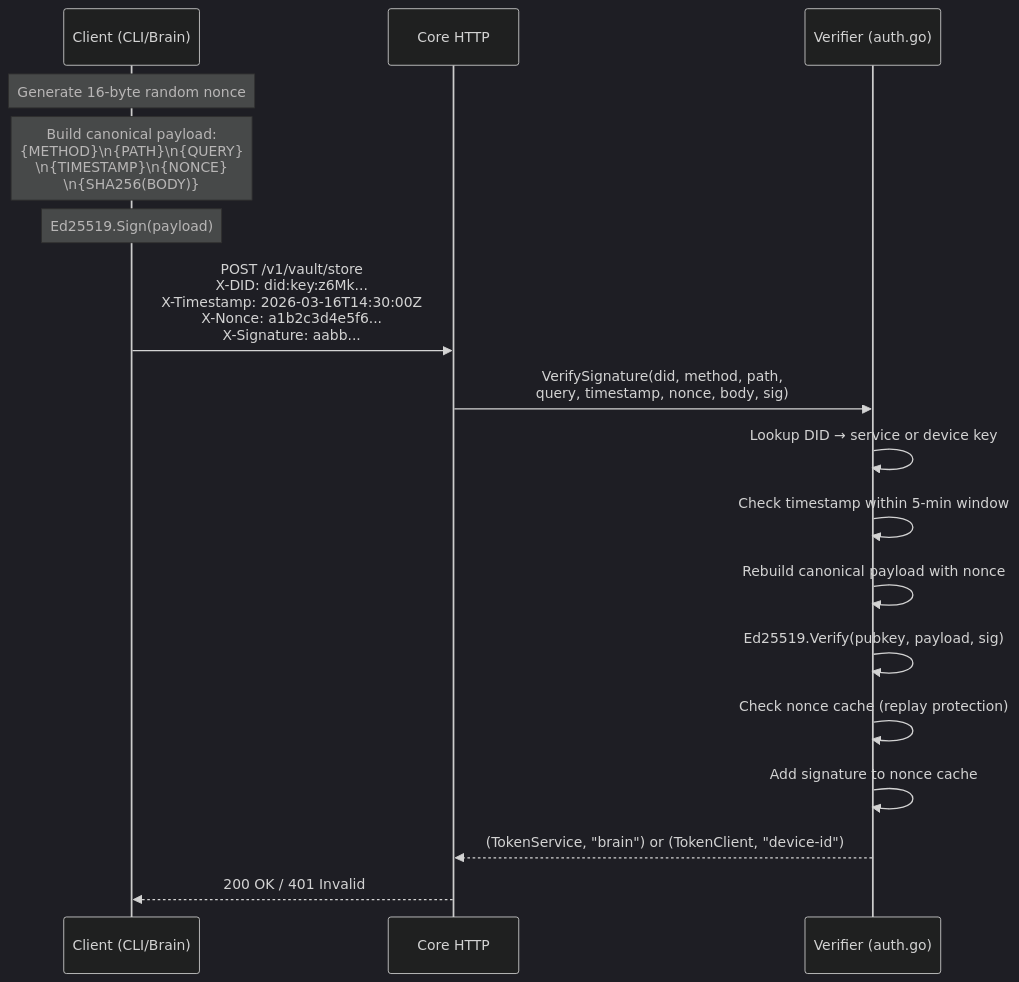
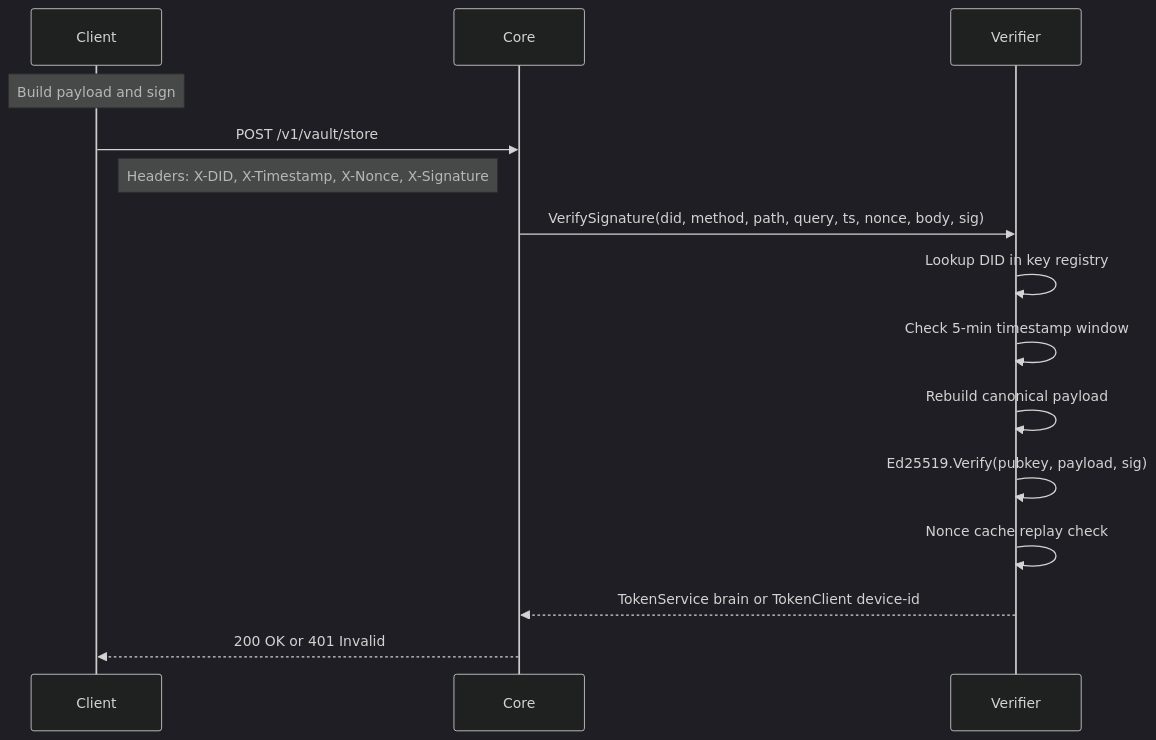
Before and after one commit to rajmohanutopai/dina: the second of 14 diagrams in docs/FLOW_DIAGRAMS.md, drawn with Mermaid (dark theme). The commit also changed other lines of this file, not shown here.

First line of the commit message:
Rewrite flow diagrams: fix Mermaid errors, add examples, add new flows

````diff
--- a/docs/FLOW_DIAGRAMS.md
+++ b/docs/FLOW_DIAGRAMS.md
@@ -105,23 +68,19 @@
 ```mermaid
 sequenceDiagram
-    participant C as Client (CLI/Brain)
-    participant H as Core HTTP
-    participant V as Verifier (auth.go)
+    participant C as Client
+    participant H as Core
+    participant V as Verifier
 
-    Note over C: Generate 16-byte random nonce
-    Note over C: Build canonical payload:<br/>{METHOD}\n{PATH}\n{QUERY}<br/>\n{TIMESTAMP}\n{NONCE}<br/>\n{SHA256(BODY)}
-    Note over C: Ed25519.Sign(payload)
+    Note over C: Build payload and sign
+    C->>H: POST /v1/vault/store
+    Note right of C: Headers: X-DID, X-Timestamp, X-Nonce, X-Signature
 
-    C->>H: POST /v1/vault/store<br/>X-DID: did:key:z6Mk...<br/>X-Timestamp: 2026-03-16T14:30:00Z<br/>X-Nonce: a1b2c3d4e5f6...<br/>X-Signature: aabb...
-
-    H->>V: VerifySignature(did, method, path,<br/>query, timestamp, nonce, body, sig)
-    V->>V: Lookup DID → service or device key
-    V->>V: Check timestamp within 5-min window
-    V->>V: Rebuild canonical payload with nonce
+    H->>V: VerifySignature(did, method, path, query, ts, nonce, body, sig)
+    V->>V: Lookup DID in key registry
+    V->>V: Check 5-min timestamp window
+    V->>V: Rebuild canonical payload
     V->>V: Ed25519.Verify(pubkey, payload, sig)
-    V->>V: Check nonce cache (replay protection)
-    V->>V: Add signature to nonce cache
-
-    V-->>H: (TokenService, "brain") or (TokenClient, "device-id")
-    H-->>C: 200 OK / 401 Invalid
+    V->>V: Nonce cache replay check
+    V-->>H: TokenService brain or TokenClient device-id
+    H-->>C: 200 OK or 401 Invalid
 ```
````
